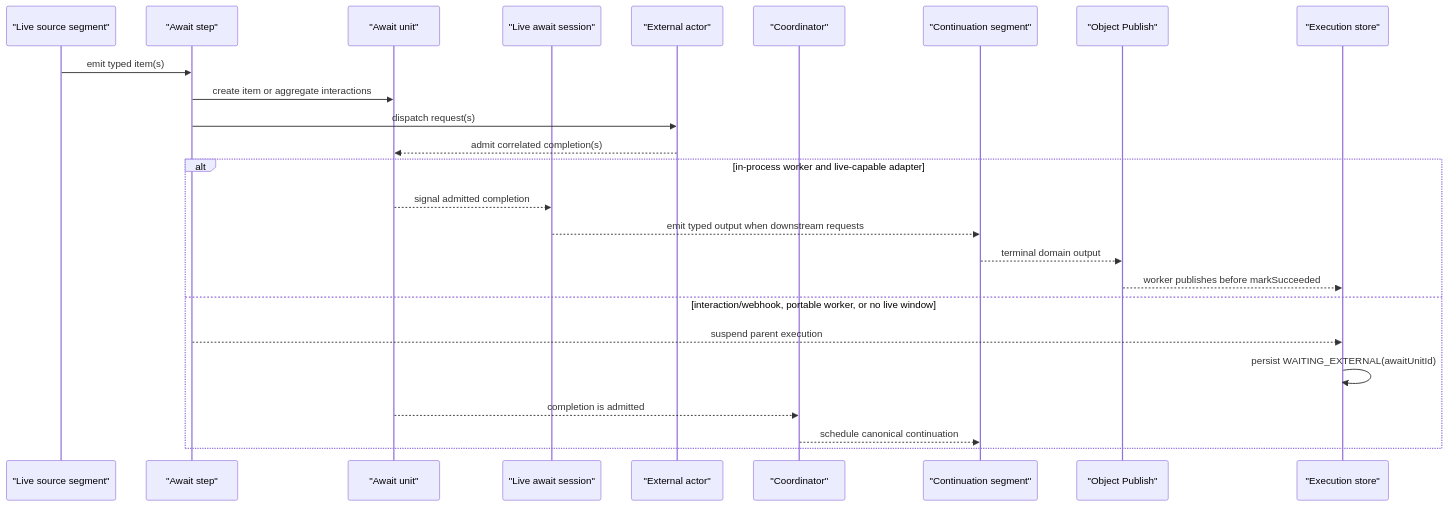
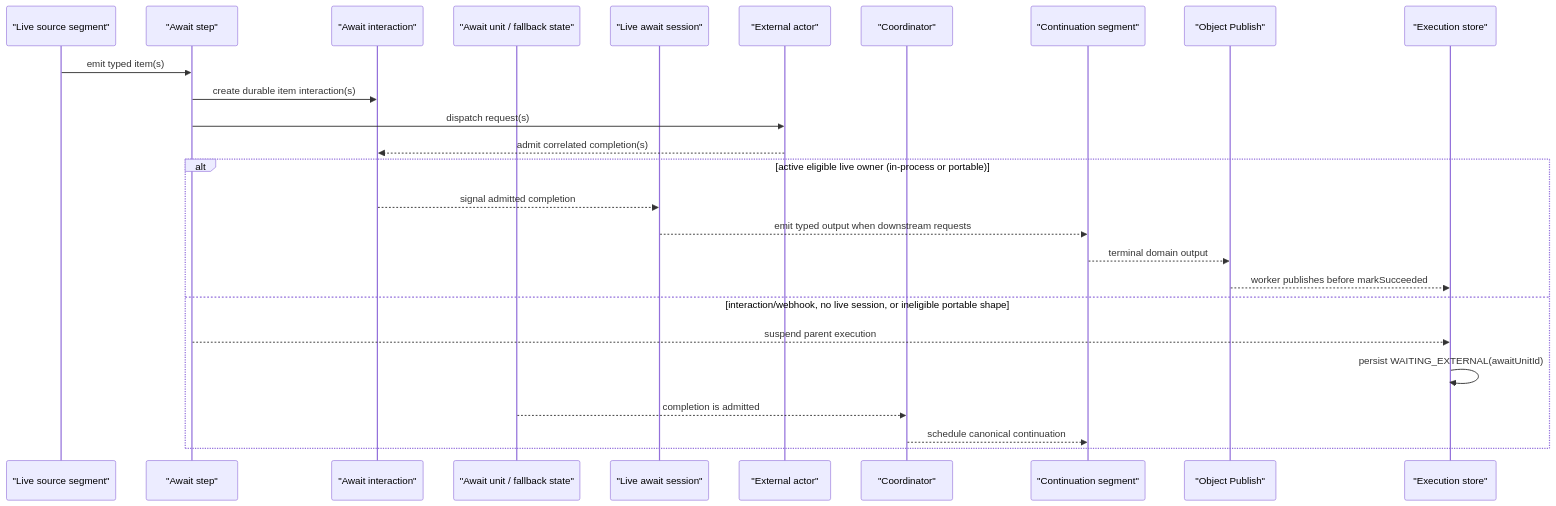
The diagram in docs/design/await-boundaries.md (The-Pipeline-Framework/pipelineframework), drawn with Mermaid before and after one commit. The commit also changed 13 other files, not shown here.

Commit message:
Align await docs with live-first semantics

````diff
--- a/docs/design/await-boundaries.md
+++ b/docs/design/await-boundaries.md
@@ -85,28 +85,29 @@
 ```mermaid
 sequenceDiagram
     participant Source as "Live source segment"
     participant Await as "Await step"
-    participant Unit as "Await unit"
+    participant Interaction as "Await interaction"
+    participant Unit as "Await unit / fallback state"
     participant Live as "Live await session"
     participant External as "External actor"
     participant Coordinator as "Coordinator"
     participant Continue as "Continuation segment"
     participant Publish as "Object Publish"
     participant Store as "Execution store"
 
     Source->>Await: emit typed item(s)
-    Await->>Unit: create item or aggregate interactions
+    Await->>Interaction: create durable item interaction(s)
     Await->>External: dispatch request(s)
-    External-->>Unit: admit correlated completion(s)
-    alt in-process worker and live-capable adapter
-      Unit-->>Live: signal admitted completion
+    External-->>Interaction: admit correlated completion(s)
+    alt active eligible live owner (in-process or portable)
+      Interaction-->>Live: signal admitted completion
       Live-->>Continue: emit typed output when downstream requests
       Continue-->>Publish: terminal domain output
       Publish-->>Store: worker publishes before markSucceeded
-    else interaction/webhook, portable worker, or no live window
+    else interaction/webhook, no live session, or ineligible portable shape
       Await-->>Store: suspend parent execution
       Store->>Store: persist WAITING_EXTERNAL(awaitUnitId)
       Unit-->>Coordinator: completion is admitted
       Coordinator-->>Continue: schedule canonical continuation
     end
 ```
````
